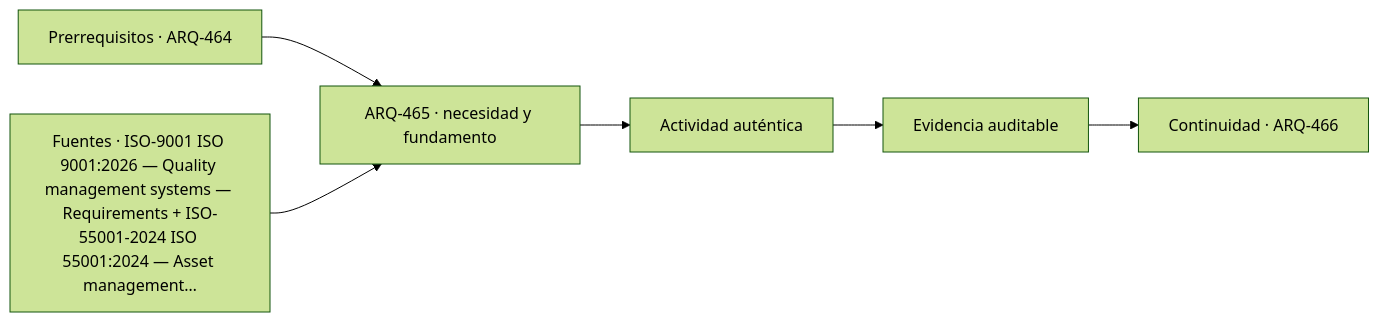
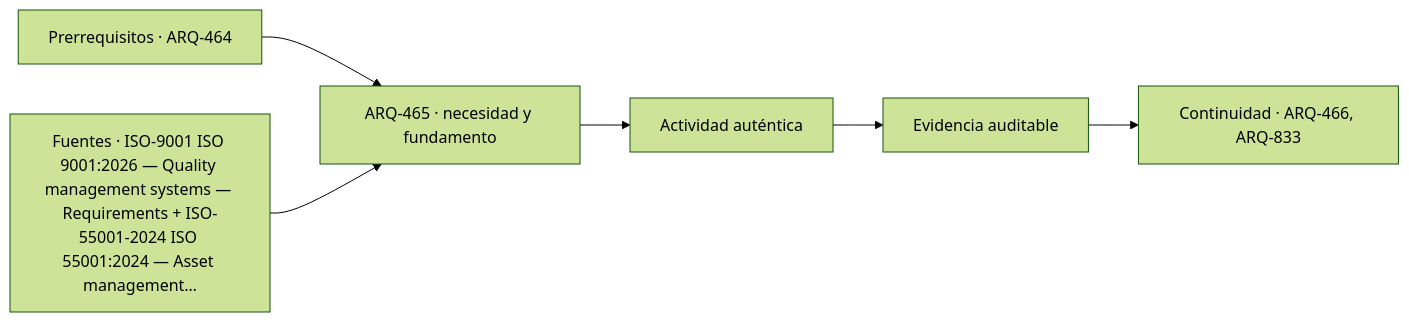
The diagram in classes/parte-47/ARQ-465.md (vladimiracunadev-create/architecture-built-environment-learning-program), drawn with Mermaid (forest theme) before and after one commit. The commit also changed other lines of this file and 182 other files, not shown here.

````diff
--- a/classes/parte-47/ARQ-465.md
+++ b/classes/parte-47/ARQ-465.md
@@ -87,8 +87,8 @@
 ```mermaid
 flowchart LR
     A["Prerrequisitos · ARQ-464"] --> B["ARQ-465 · necesidad y fundamento"]
     S["Fuentes · ISO-9001 ISO 9001:2026 — Quality management systems — Requirements + ISO-55001-2024 ISO 55001:2024 — Asset management…"] --> B
     B --> C["Actividad auténtica"]
     C --> D["Evidencia auditable"]
-    D --> E["Continuidad · ARQ-466"]
+    D --> E["Continuidad · ARQ-466, ARQ-833"]
 ```
````
